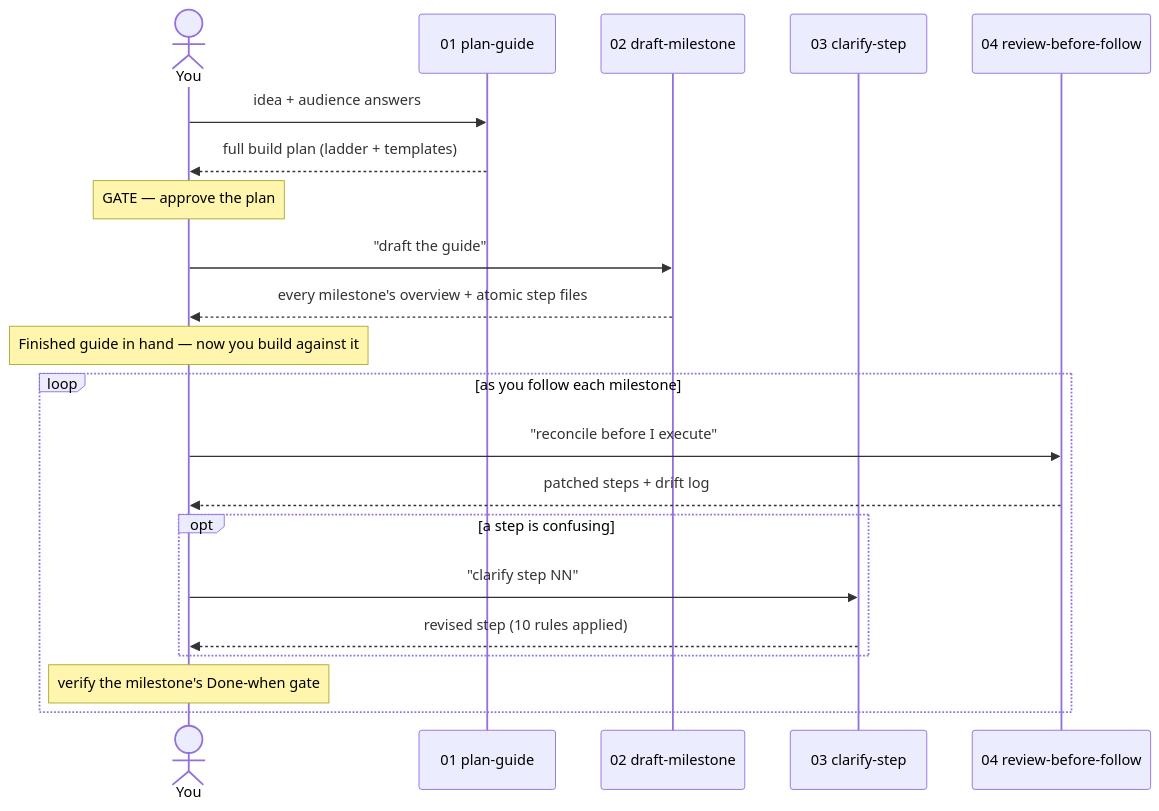
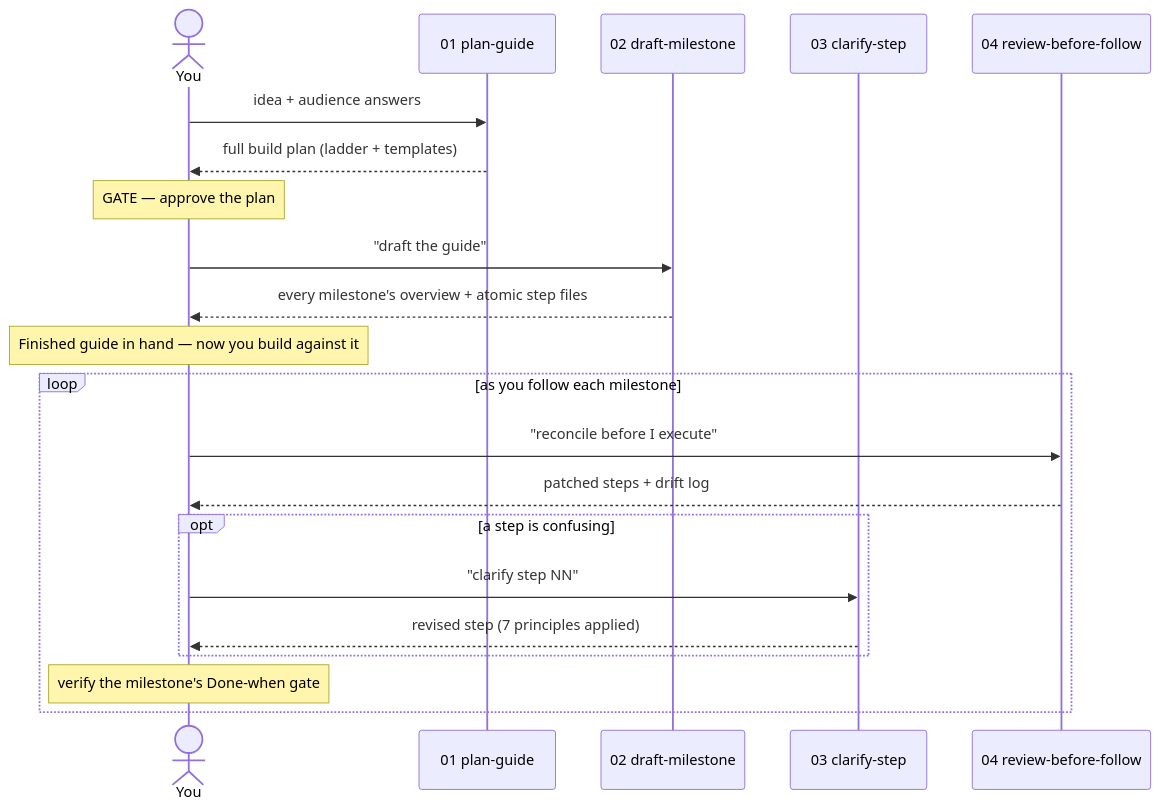
One commit to tomthebearded/guide-forge changed the diagram in EXPLAINER.md. Above: the diagram before and after it, drawn with Mermaid. The commit also changed other lines of this file and 30 other files, not shown here.

````diff
--- a/EXPLAINER.md
+++ b/EXPLAINER.md
@@ -135,24 +136,24 @@
 ```mermaid
 sequenceDiagram
     actor You
     participant P1 as 01 plan-guide
     participant P2 as 02 draft-milestone
     participant P3 as 03 clarify-step
     participant P4 as 04 review-before-follow
 
     You->>P1: idea + audience answers
     P1-->>You: full build plan (ladder + templates)
     Note over You: GATE — approve the plan
     You->>P2: "draft the guide"
     P2-->>You: every milestone's overview + atomic step files
     Note over You: Finished guide in hand — now you build against it
     loop as you follow each milestone
         You->>P4: "reconcile before I execute"
         P4-->>You: patched steps + drift log
         opt a step is confusing
             You->>P3: "clarify step NN"
-            P3-->>You: revised step (10 rules applied)
+            P3-->>You: revised step (7 principles applied)
         end
         Note over You: verify the milestone's Done-when gate
     end
 ```
````
